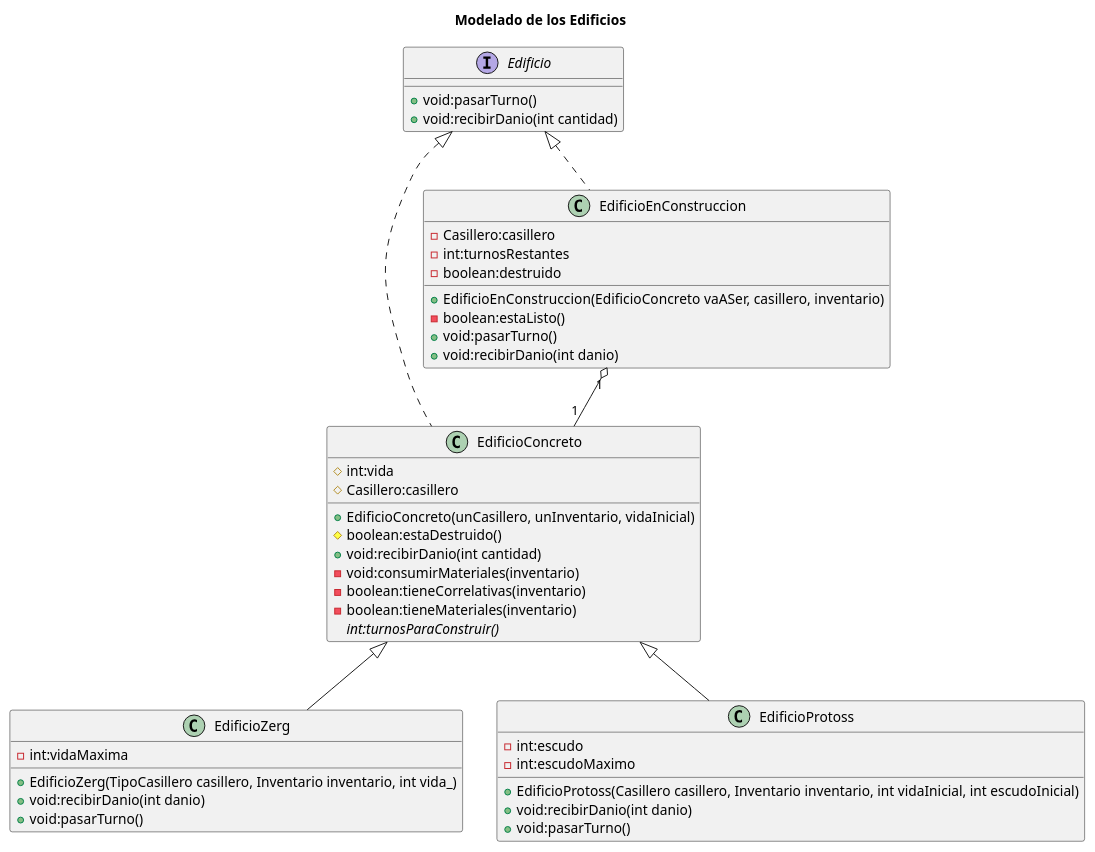
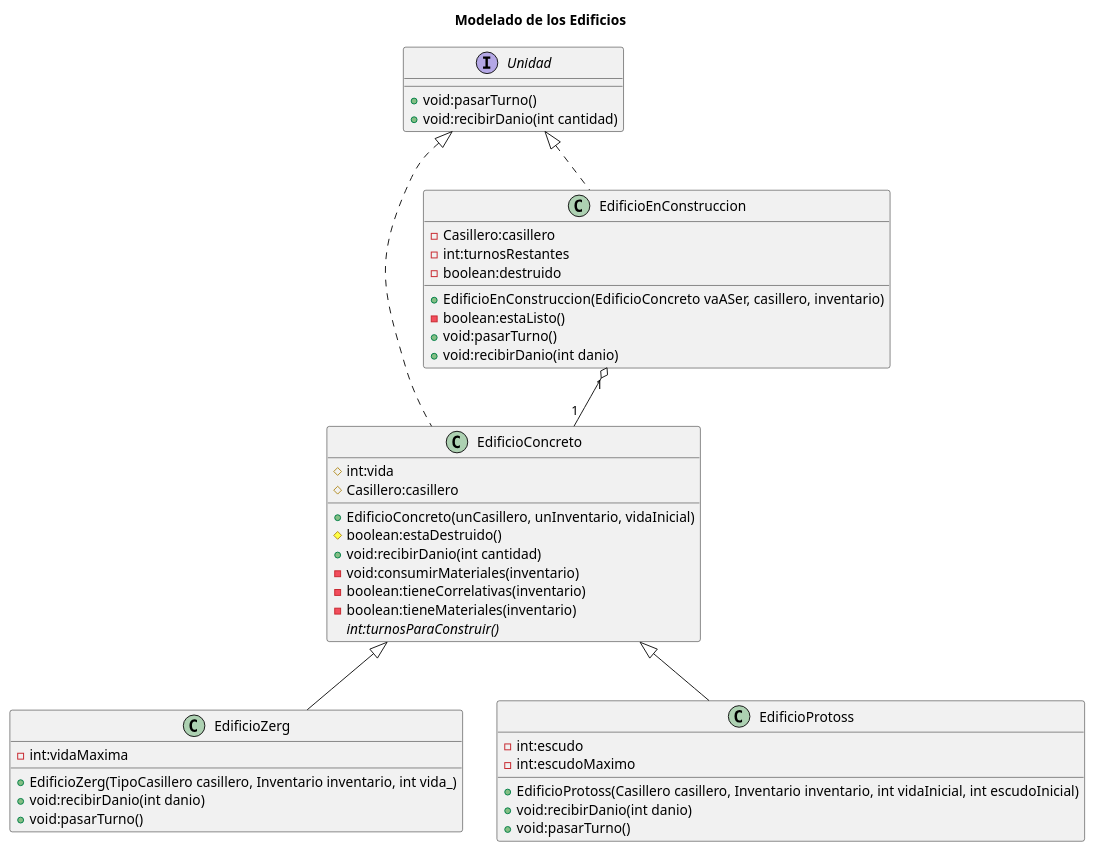
The diagram in diagrams/classes/modeladoDeEdificios.plantuml (m-cabrerar/AlgoStar), drawn with PlantUML before and after one commit. The commit also changed 17 other files, not shown here.

Commit message:
Edificio es Unidad, reemplazo en los test

```diff
--- a/diagrams/classes/modeladoDeEdificios.plantuml
+++ b/diagrams/classes/modeladoDeEdificios.plantuml
@@ -1,52 +1,52 @@
 @startuml
 title Modelado de los Edificios
 
-interface Edificio {
+interface Unidad {
  + void:pasarTurno()
  + void:recibirDanio(int cantidad)
 }
 
 class EdificioConcreto {
  # int:vida
  # Casillero:casillero
  + EdificioConcreto(unCasillero, unInventario, vidaInicial)
  # boolean:estaDestruido()
  + void:recibirDanio(int cantidad)
  - void:consumirMateriales(inventario)
  - boolean:tieneCorrelativas(inventario)
  - boolean:tieneMateriales(inventario)
  {abstract} int:turnosParaConstruir()
 }
 
 class EdificioEnConstruccion{
- /'- Edificio:vaASer'/
+ /'- Unidad:vaASer'/
  - Casillero:casillero
  - int:turnosRestantes
  - boolean:destruido
  + EdificioEnConstruccion(EdificioConcreto vaASer, casillero, inventario)
  - boolean:estaListo()
  + void:pasarTurno()
  + void:recibirDanio(int danio)
 }
 
 class EdificioZerg{
  - int:vidaMaxima
  + EdificioZerg(TipoCasillero casillero, Inventario inventario, int vida_)
  + void:recibirDanio(int danio)
  + void:pasarTurno()
 }
 
 class EdificioProtoss{
  - int:escudo
  - int:escudoMaximo
  + EdificioProtoss(Casillero casillero, Inventario inventario, int vidaInicial, int escudoInicial)
  + void:recibirDanio(int danio)
  + void:pasarTurno()
 }
 
-Edificio <|.. EdificioConcreto
-Edificio <|.. EdificioEnConstruccion
+Unidad <|.. EdificioConcreto
+Unidad <|.. EdificioEnConstruccion
 EdificioConcreto <|-- EdificioZerg
 EdificioConcreto <|-- EdificioProtoss
 EdificioEnConstruccion "1" o-- "1" EdificioConcreto
 @enduml
```
